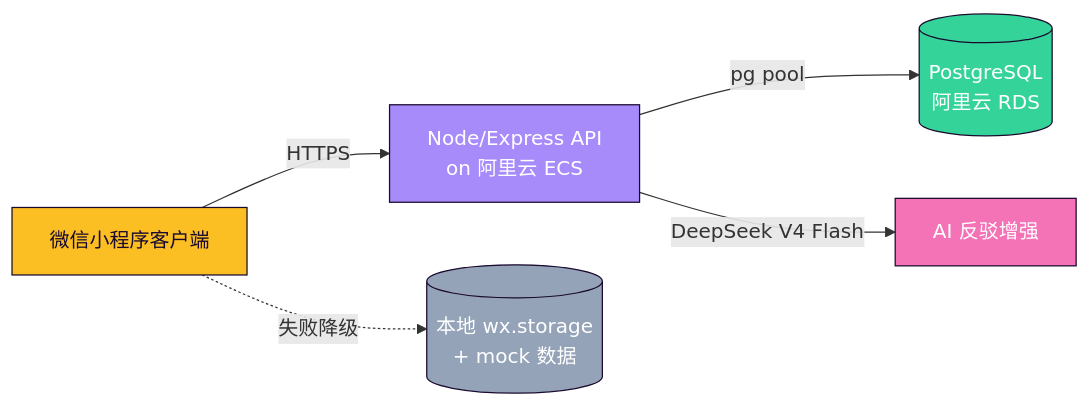
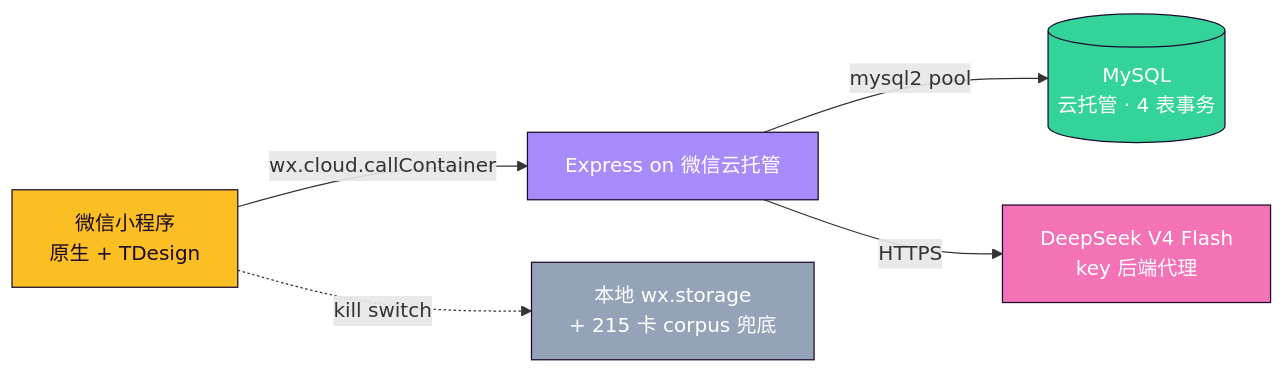
Before and after one commit to clavelinaswykoniki-cell/LeBron: the diagram in README.md, drawn with Mermaid. The commit also changed other lines of this file, not shown here.

````diff
--- a/README.md
+++ b/README.md
@@ -17,13 +24,13 @@
 ```mermaid
 graph LR
-    A[微信小程序客户端] -->|HTTPS| B[Node/Express API<br/>on 阿里云 ECS]
-    B -->|pg pool| C[(PostgreSQL<br/>阿里云 RDS)]
-    B -->|DeepSeek V4 Flash| D[AI 反驳增强]
-    A -.失败降级.-> E[(本地 wx.storage<br/>+ mock 数据)]
+    A[微信小程序<br/>原生 + TDesign] -->|wx.cloud.callContainer| B[Express on 微信云托管]
+    B -->|mysql2 pool| C[(MySQL<br/>云托管 · 4 表事务)]
+    B -->|HTTPS| D[DeepSeek V4 Flash<br/>key 后端代理]
+    A -.kill switch.-> E[本地 wx.storage<br/>+ 215 卡 corpus 兜底]
 
     style A fill:#fbbf24,stroke:#1a0a2e,color:#1a0a2e
     style B fill:#a78bfa,stroke:#1a0a2e,color:#fff
     style C fill:#34d399,stroke:#1a0a2e,color:#fff
     style D fill:#f472b6,stroke:#1a0a2e,color:#fff
     style E fill:#94a3b8,stroke:#1a0a2e,color:#fff
 ```
````
